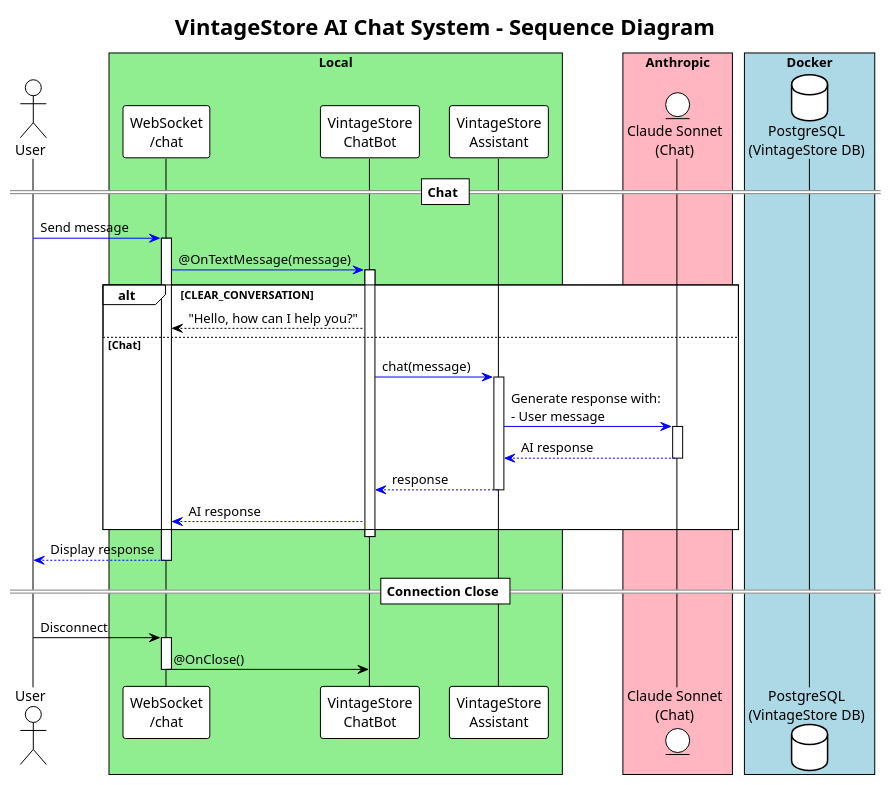
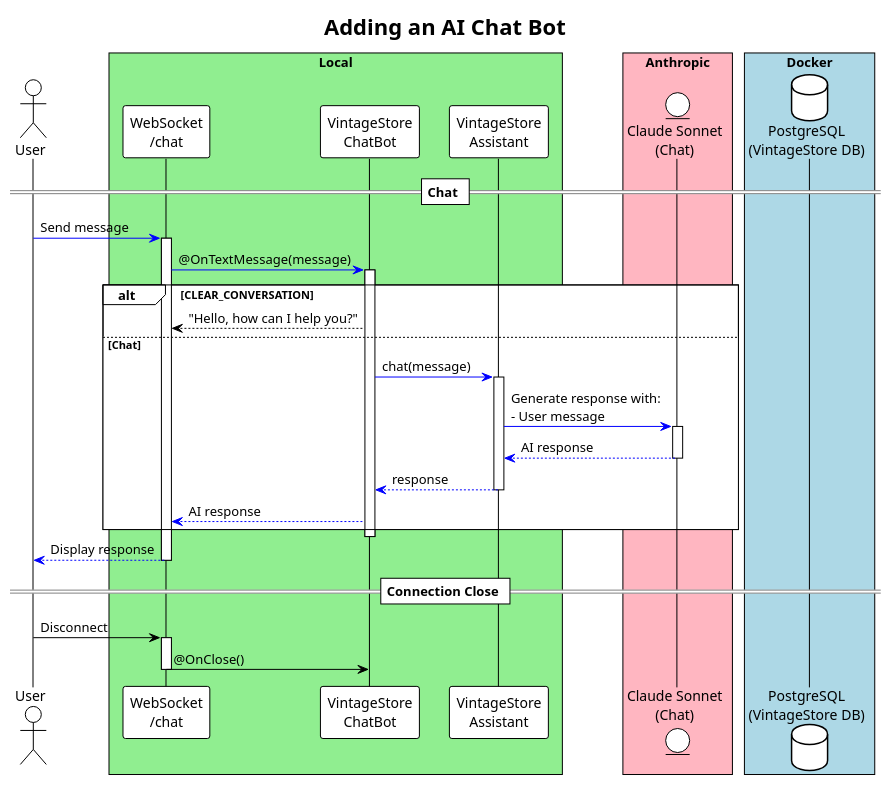
Before and after one commit to agoncal/agoncal-application-vintagestore: the diagram in docs/puml/10-llm.puml, drawn with PlantUML. The commit also changed 7 other files, not shown here.

```diff
--- a/docs/puml/10-llm.puml
+++ b/docs/puml/10-llm.puml
@@ -1,52 +1,52 @@
 @startuml
 !theme plain
-title VintageStore AI Chat System - Sequence Diagram
+title Adding an AI Chat Bot
 
 actor User
 box "Local" #LightGreen
 participant "WebSocket\n/chat" as WS
 participant "VintageStore\nChatBot" as ChatBot
 participant "VintageStore\nAssistant" as Assistant
 end box
 box "Anthropic" #LightPink
 entity "Claude Sonnet\n(Chat)" as Anthropic
 end box
 box "Docker" #LightBlue
 database "PostgreSQL\n(VintageStore DB)" as PostgreSQL
 end box
 
 == Chat ==
 User -[#blue]> WS: Send message
 activate WS
 WS -[#blue]> ChatBot: @OnTextMessage(message)
 activate ChatBot
 
 alt CLEAR_CONVERSATION
     ChatBot --> WS: "Hello, how can I help you?"
 else Chat
     ChatBot -[#blue]> Assistant: chat(message)
     activate Assistant
 
         Assistant -[#blue]> Anthropic: Generate response with:\n- User message
         activate Anthropic
         Anthropic -[#blue]-> Assistant: AI response
         deactivate Anthropic
 
         Assistant -[#blue]-> ChatBot: response
 
     deactivate Assistant
 
     ChatBot -[#blue]-> WS: AI response
 end
 deactivate ChatBot
 
 WS -[#blue]-> User: Display response
 deactivate WS
 
 == Connection Close ==
 User -> WS: Disconnect
 activate WS
 WS -> ChatBot: @OnClose()
 deactivate WS
 
 @enduml
```
